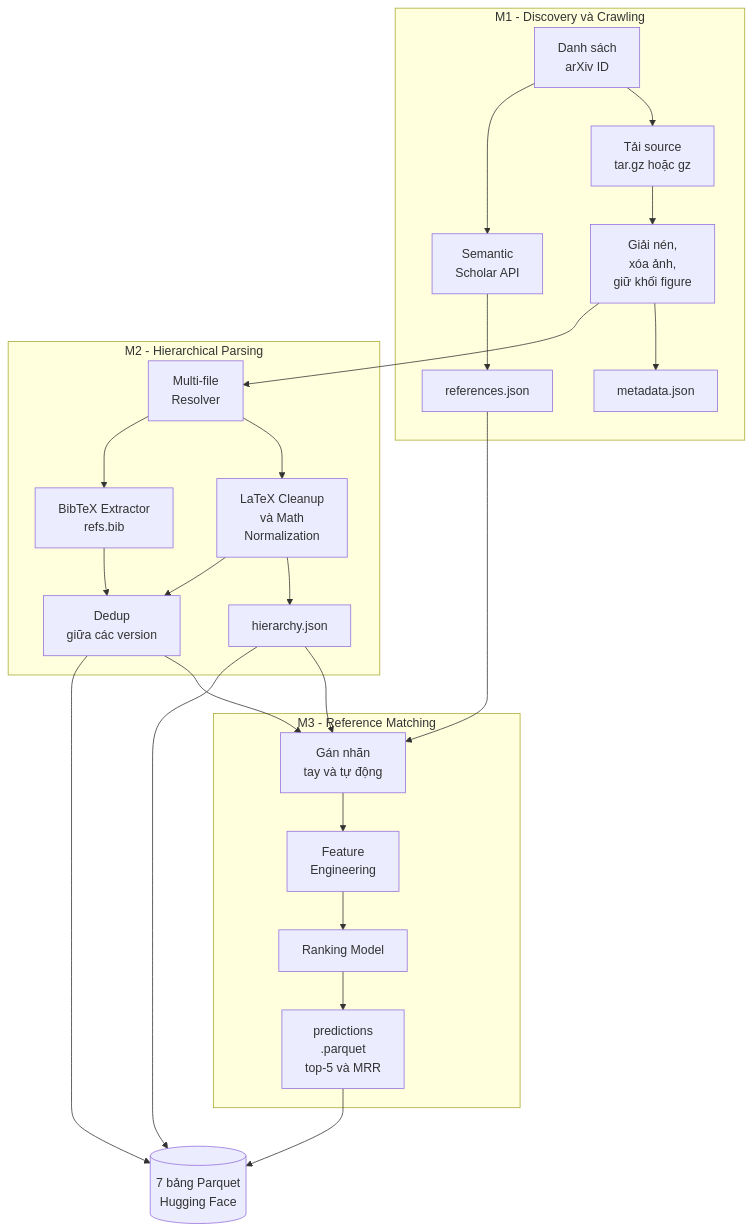
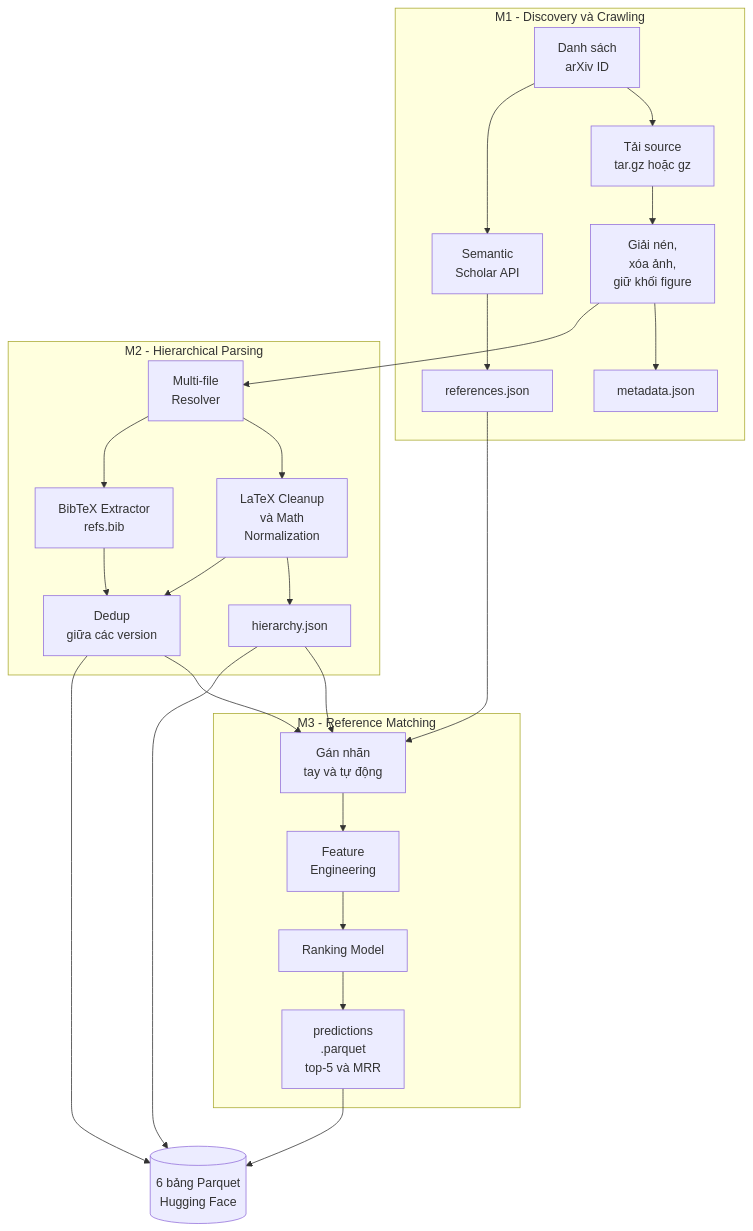
The diagram in README.md (tkiet06-us/Intro2DS---ArXiv-Project), drawn with Mermaid before and after one commit. The commit also changed other lines of this file, not shown here.

Commit message:
docs: cập nhật README.md theo file đề mới (6 bảng)

````diff
--- a/README.md
+++ b/README.md
@@ -69,29 +69,29 @@
 ```mermaid
 flowchart TD
     subgraph M1["M1 - Discovery và Crawling"]
         A["Danh sách <br> arXiv ID"] --> B["Tải source<br/>tar.gz hoặc gz"]
         B --> C["Giải nén,<br/>xóa ảnh,<br/>giữ khối figure"]
         C --> D["metadata.json"]
         A --> E["Semantic <br> Scholar API"]
         E --> F["references.json"]
     end
     subgraph M2["M2 - Hierarchical Parsing"]
         C --> G["Multi-file<br/>Resolver"]
         G --> H["LaTeX Cleanup<br/>và Math<br/>Normalization"]
         H --> I["hierarchy.json"]
         G --> J["BibTeX Extractor<br/>refs.bib"]
         H --> K["Dedup<br/>giữa các version"]
         J --> K
     end
     subgraph M3["M3 - Reference Matching"]
         I --> L["Gán nhãn<br/>tay và tự động"]
         K --> L
         F --> L
         L --> FE["Feature <br> Engineering"]
         FE --> RM["Ranking Model"]
         RM --> PR["predictions<br/>.parquet<br/>top-5 và MRR"]
     end
-    PR --> HF[("7 bảng Parquet<br/>Hugging Face")]
+    PR --> HF[("6 bảng Parquet<br/>Hugging Face")]
     K --> HF
     I --> HF
 ```
````
